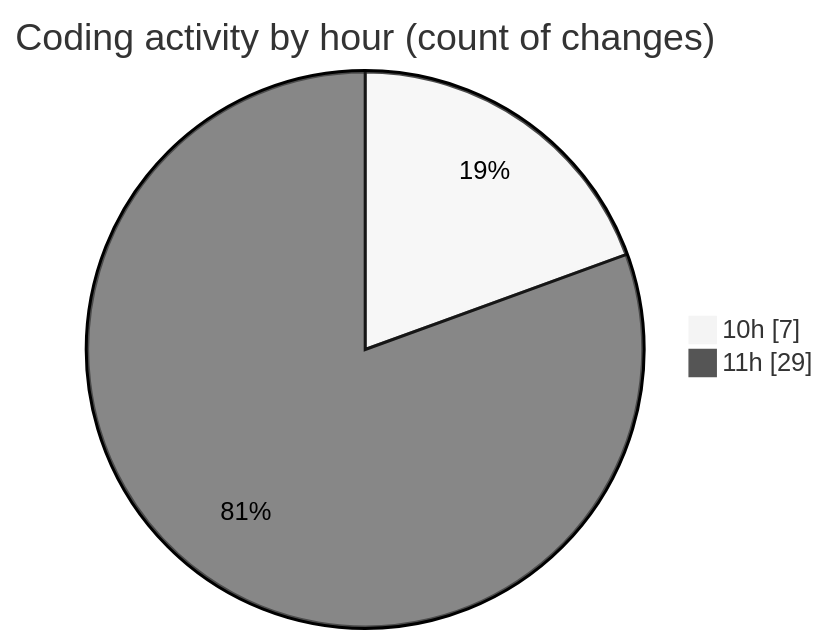
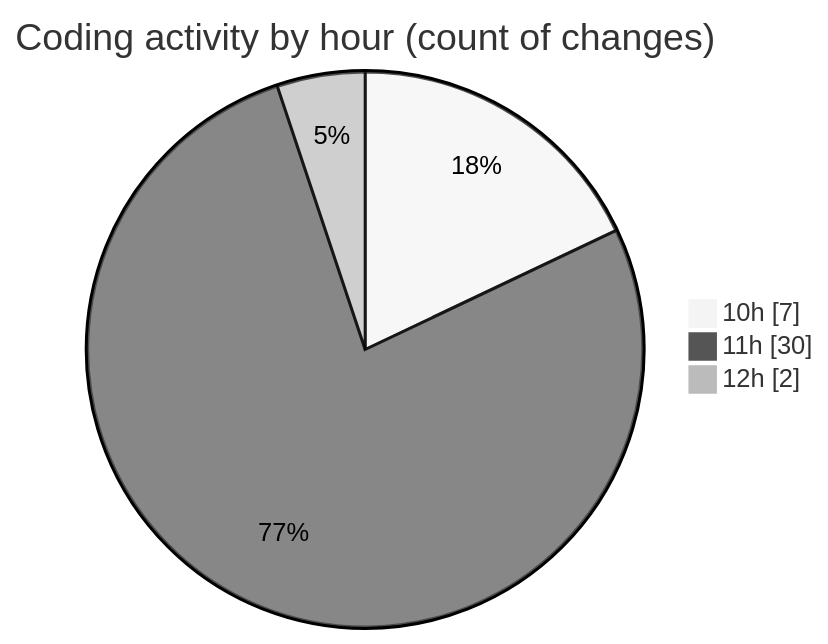
Before and after one commit to momahboobian/code-tracking: the second of 2 diagrams in 2025-06-26/cda/README.md, drawn with Mermaid (neutral theme). The commit also changed other lines of this file and 1 other file, not shown here.

````diff
--- a/2025-06-26/cda/README.md
+++ b/2025-06-26/cda/README.md
@@ -28,6 +29,7 @@
 ```mermaid
 pie showData
 title Coding activity by hour (count of changes)
 "10h" : 7
-"11h" : 29
+"11h" : 30
+"12h" : 2
 ```
````
